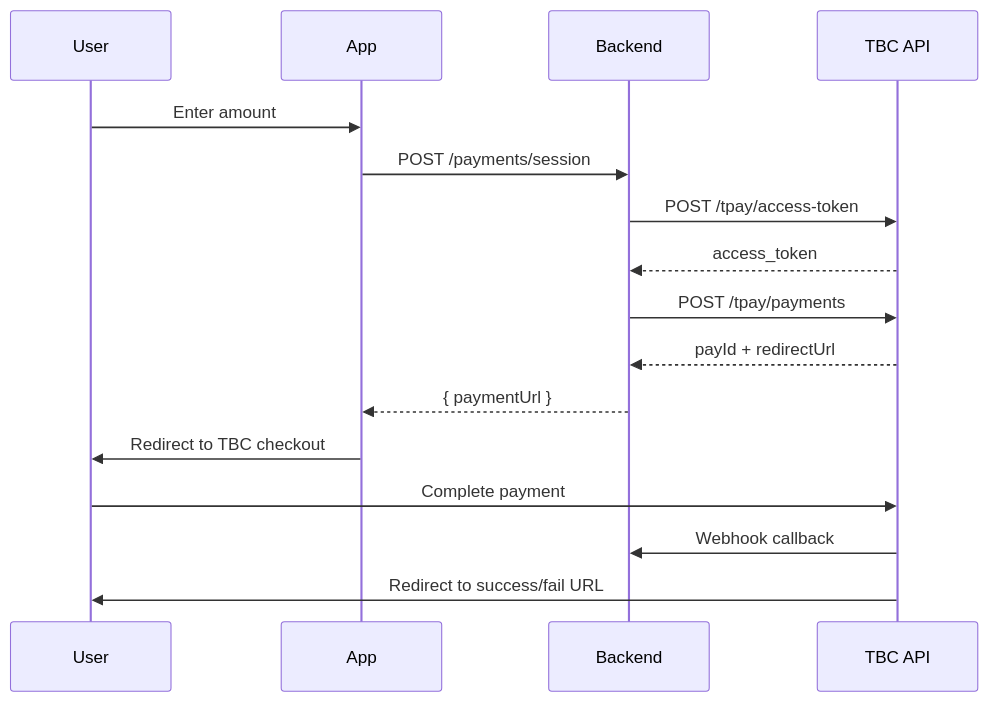
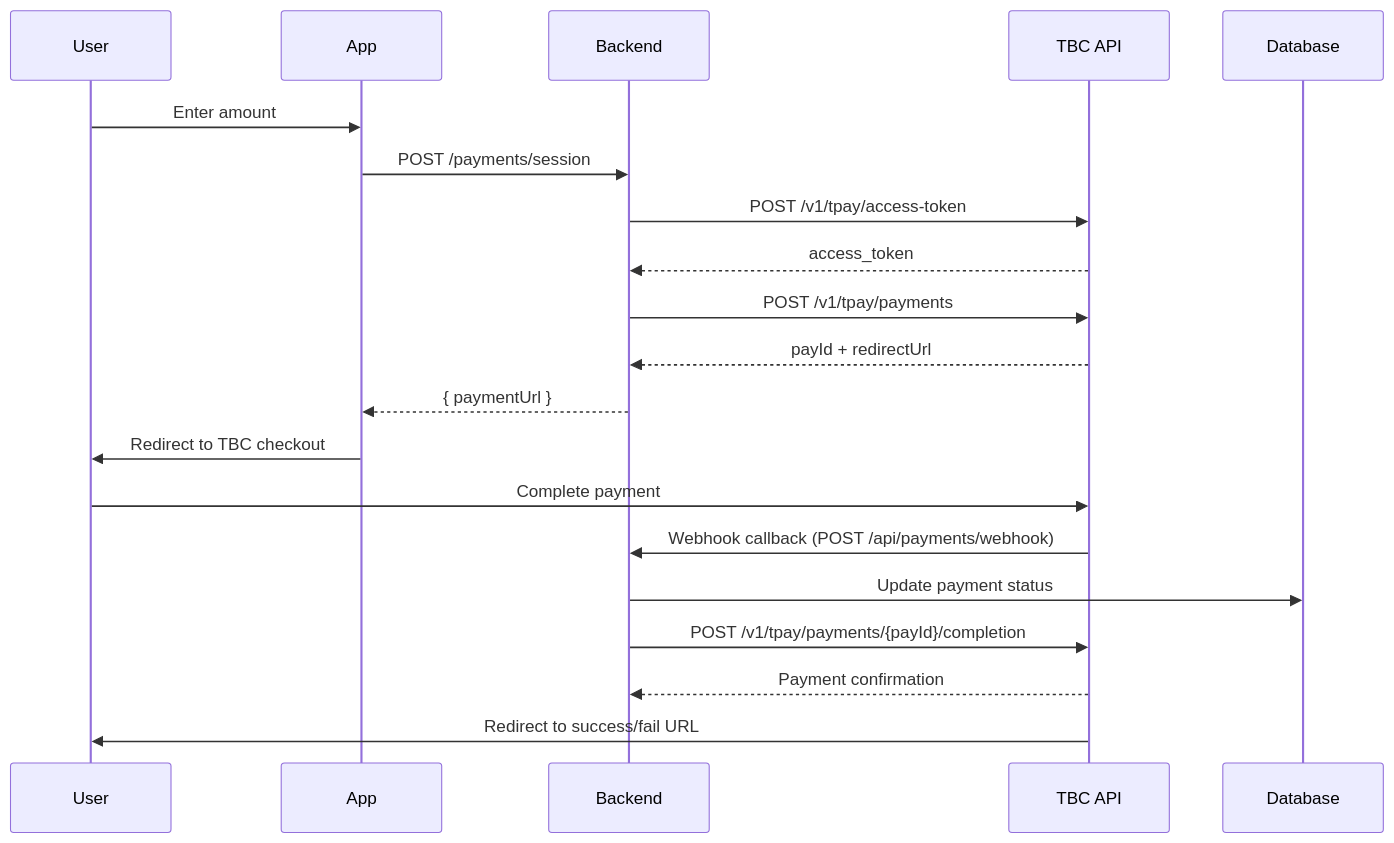
One commit to AnAtoliy-AA/arcadeum changed the diagram in docs/tbc_integration_guide.md. Above: the diagram before and after it, drawn with Mermaid. The commit also changed other lines of this file and 9 other files, not shown here.

````diff
--- a/docs/tbc_integration_guide.md
+++ b/docs/tbc_integration_guide.md
@@ -73,19 +103,22 @@
 ```mermaid
 sequenceDiagram
     participant User
     participant App
     participant Backend
     participant TBC API
 
     User->>App: Enter amount
     App->>Backend: POST /payments/session
-    Backend->>TBC API: POST /tpay/access-token
+    Backend->>TBC API: POST /v1/tpay/access-token
     TBC API-->>Backend: access_token
-    Backend->>TBC API: POST /tpay/payments
+    Backend->>TBC API: POST /v1/tpay/payments
     TBC API-->>Backend: payId + redirectUrl
     Backend-->>App: { paymentUrl }
     App->>User: Redirect to TBC checkout
     User->>TBC API: Complete payment
-    TBC API->>Backend: Webhook callback
+    TBC API->>Backend: Webhook callback (POST /api/payments/webhook)
+    Backend->>Database: Update payment status
+    Backend->>TBC API: POST /v1/tpay/payments/{payId}/completion
+    TBC API-->>Backend: Payment confirmation
     TBC API->>User: Redirect to success/fail URL
 ```
````
